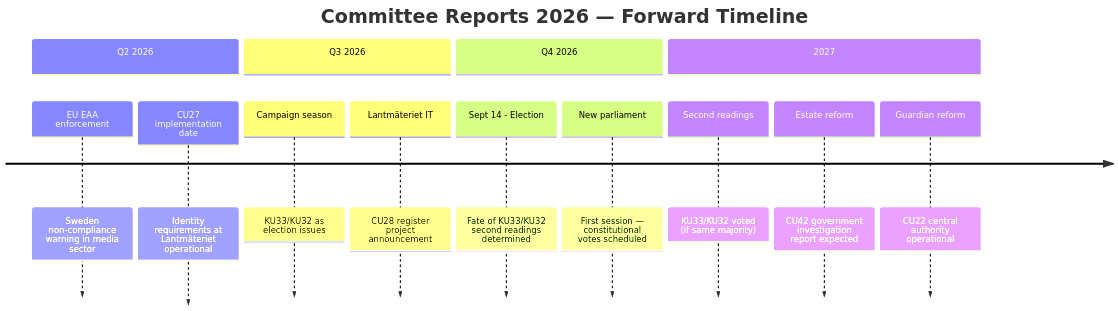
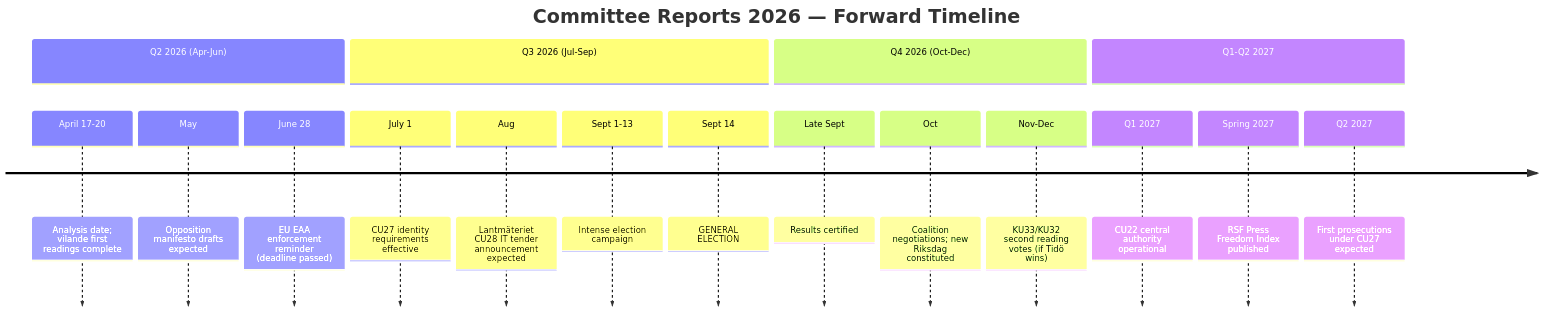
The first of 2 diagrams in analysis/daily/2026-04-20/committeeReports/forward-indicators.md (Hack23/riksdagsmonitor), drawn with Mermaid before and after one commit. The commit also changed other lines of this file and 14 other files, not shown here.

````diff
--- a/analysis/daily/2026-04-20/committeeReports/forward-indicators.md
+++ b/analysis/daily/2026-04-20/committeeReports/forward-indicators.md
@@ -11,17 +44,21 @@
 ```mermaid
 timeline
     title Committee Reports 2026 — Forward Timeline
-    section Q2 2026
-        EU EAA enforcement : Sweden non-compliance warning in media sector
-        CU27 implementation date : Identity requirements at Lantmäteriet operational
-    section Q3 2026
-        Campaign season : KU33/KU32 as election issues
-        Lantmäteriet IT : CU28 register project announcement
-    section Q4 2026
-        Sept 14 - Election : Fate of KU33/KU32 second readings determined
-        New parliament : First session — constitutional votes scheduled
-    section 2027
-        Second readings : KU33/KU32 voted (if same majority)
-        Estate reform : CU42 government investigation report expected
-        Guardian reform : CU22 central authority operational
+    section Q2 2026 (Apr-Jun)
+        April 17-20 : Analysis date; vilande first readings complete
+        May : Opposition manifesto drafts expected
+        June 28 : EU EAA enforcement reminder (deadline passed)
+    section Q3 2026 (Jul-Sep)
+        July 1 : CU27 identity requirements effective
+        Aug : Lantmäteriet CU28 IT tender announcement expected
+        Sept 1-13 : Intense election campaign
+        Sept 14 : GENERAL ELECTION
+    section Q4 2026 (Oct-Dec)
+        Late Sept : Results certified
+        Oct : Coalition negotiations; new Riksdag constituted
+        Nov-Dec : KU33/KU32 second reading votes (if Tidö wins)
+    section Q1-Q2 2027
+        Q1 2027 : CU22 central authority operational
+        Spring 2027 : RSF Press Freedom Index published
+        Q2 2027 : First prosecutions under CU27 expected
 ```
````
